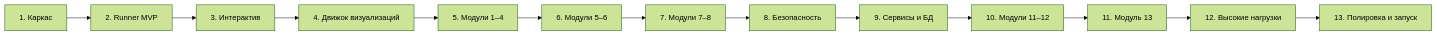
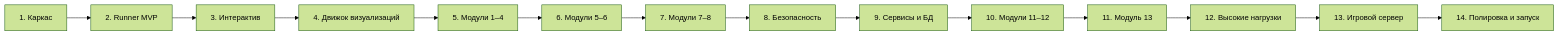
The fourth of 4 diagrams in docs/PLAN.md (sergieinv/go-tutor), drawn with Mermaid (forest theme) before and after one commit. The commit also changed other lines of this file, not shown here.

````diff
--- a/docs/PLAN.md
+++ b/docs/PLAN.md
@@ -264,5 +268,5 @@
 ```mermaid
 flowchart LR
     E1["1. Каркас"] --> E2["2. Runner MVP"] --> E3["3. Интерактив"] --> E4["4. Движок визуализаций"]
-    E4 --> E5["5. Модули 1–4"] --> E6["6. Модули 5–6"] --> E7["7. Модули 7–8"] --> E8["8. Безопасность"] --> E9["9. Сервисы и БД"] --> E10["10. Модули 11–12"] --> E11["11. Модуль 13"] --> E12["12. Высокие нагрузки"] --> E13["13. Полировка и запуск"]
+    E4 --> E5["5. Модули 1–4"] --> E6["6. Модули 5–6"] --> E7["7. Модули 7–8"] --> E8["8. Безопасность"] --> E9["9. Сервисы и БД"] --> E10["10. Модули 11–12"] --> E11["11. Модуль 13"] --> E12["12. Высокие нагрузки"] --> E13["13. Игровой сервер"] --> E14["14. Полировка и запуск"]
 ```
````
